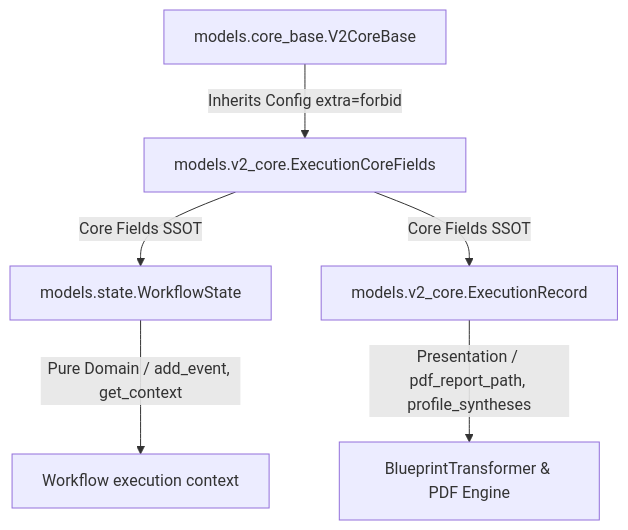
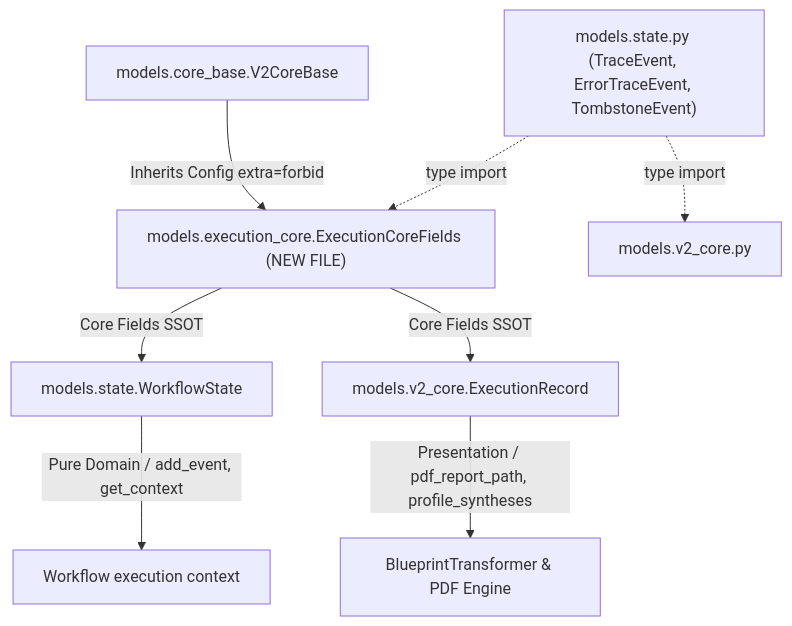
Before and after one commit to launis/quorum: the diagram in docs/epic/EPIC_63_Execution_Model_Decoupling_and_Parity_Hardening.md, drawn with Mermaid. The commit also changed other lines of this file and 91 other files, not shown here.

Commit message:
feat: implement backend_v2 architecture, core models, and supporting services with comprehensive test coverage

````diff
--- a/docs/epic/EPIC_63_Execution_Model_Decoupling_and_Parity_Hardening.md
+++ b/docs/epic/EPIC_63_Execution_Model_Decoupling_and_Parity_Hardening.md
@@ -43,9 +43,12 @@
 ```mermaid
 graph TD
-    V2CoreBase[models.core_base.V2CoreBase] -->|Inherits Config extra=forbid| ECF[models.v2_core.ExecutionCoreFields]
-    ECF -->|Core Fields SSOT| WS[models.state.WorkflowState]
-    ECF -->|Core Fields SSOT| ER[models.v2_core.ExecutionRecord]
+    V2CoreBase["models.core_base.V2CoreBase"] -->|Inherits Config extra=forbid| ECF["models.execution_core.ExecutionCoreFields (NEW FILE)"]
+    ECF -->|Core Fields SSOT| WS["models.state.WorkflowState"]
+    ECF -->|Core Fields SSOT| ER["models.v2_core.ExecutionRecord"]
     
-    WS -->|Pure Domain / add_event, get_context| WS_Run[Workflow execution context]
-    ER -->|Presentation / pdf_report_path, profile_syntheses| PT[BlueprintTransformer & PDF Engine]
+    WS -->|Pure Domain / add_event, get_context| WS_Run["Workflow execution context"]
+    ER -->|Presentation / pdf_report_path, profile_syntheses| PT["BlueprintTransformer & PDF Engine"]
+    
+    state_mod["models.state.py (TraceEvent, ErrorTraceEvent, TombstoneEvent)"] -.->|type import| ECF
+    state_mod -.->|type import| ER_import["models.v2_core.py"]
 ```
````
